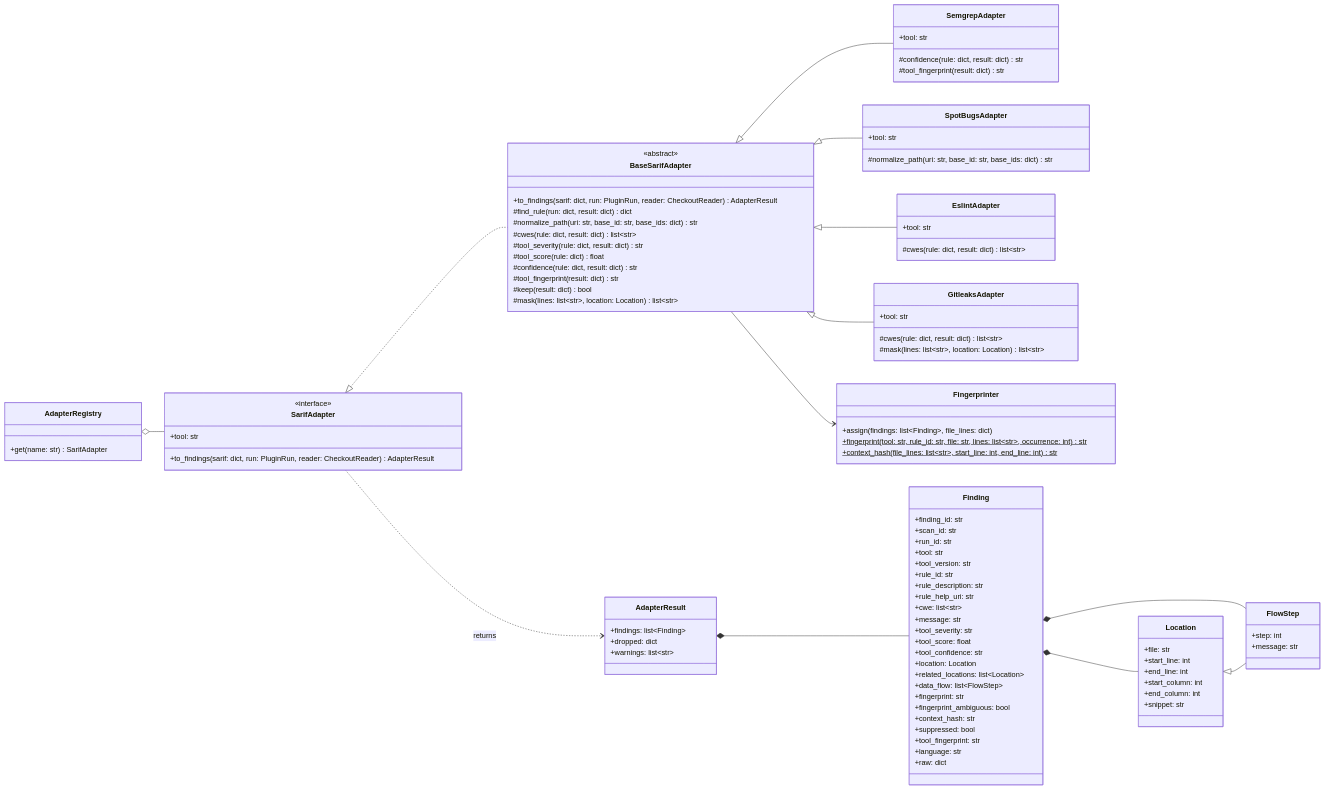
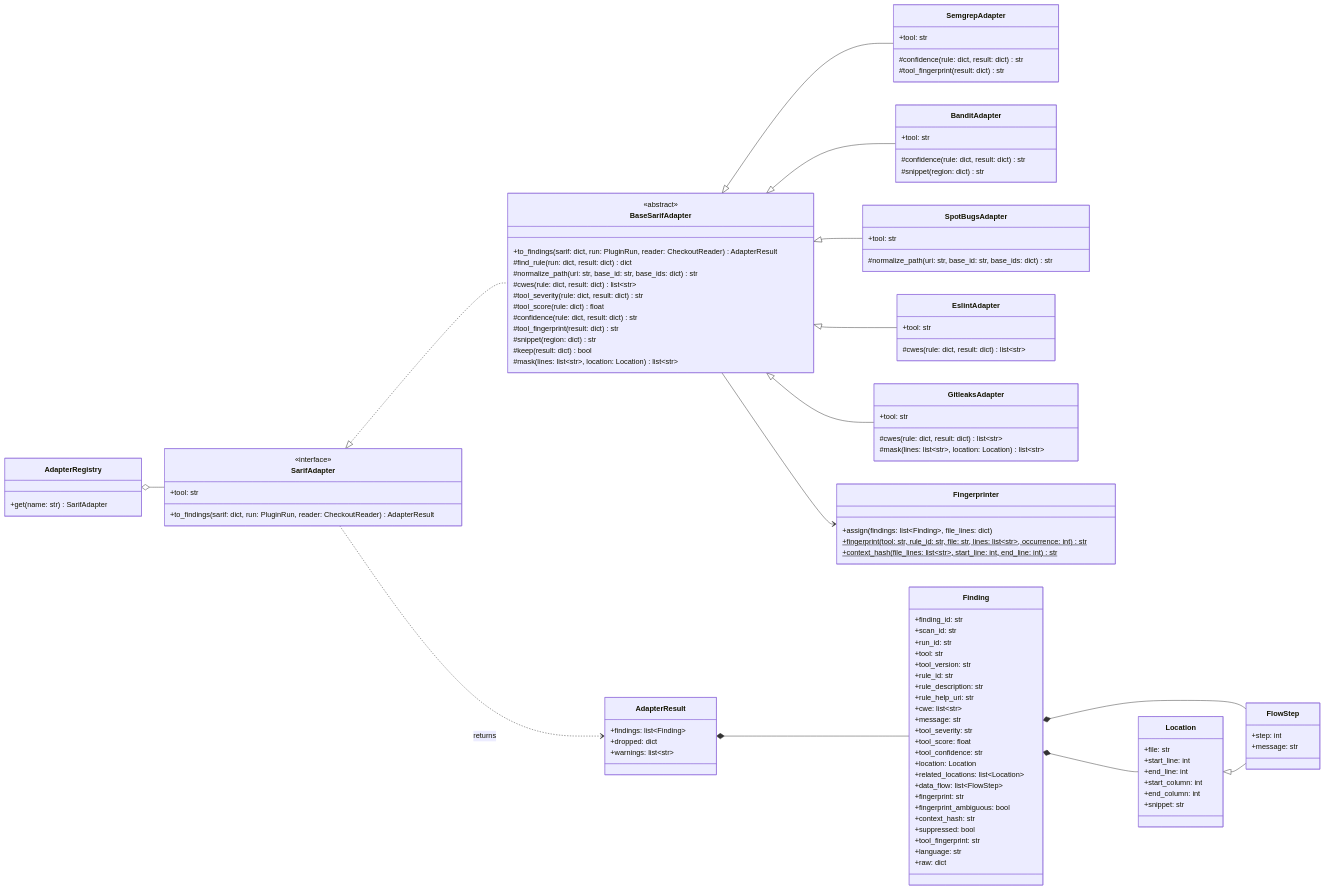
The second of 5 diagrams in docs/class-diagrams.md (sieve-ku-comp491/sieve), drawn with Mermaid before and after one commit. The commit also changed other lines of this file and 1 other file, not shown here.

Commit message:
docs: describe the bandit mapping and its sarif bugs
Refs #55

```diff
--- a/docs/class-diagrams.md
+++ b/docs/class-diagrams.md
@@ -191,6 +191,7 @@
     #tool_score(rule: dict) float
     #confidence(rule: dict, result: dict) str
     #tool_fingerprint(result: dict) str
+    #snippet(region: dict) str
     #keep(result: dict) bool
     #mask(lines: list~str~, location: Location) list~str~
   }
@@ -198,6 +199,11 @@
     +tool: str
     #confidence(rule: dict, result: dict) str
     #tool_fingerprint(result: dict) str
+  }
+  class BanditAdapter {
+    +tool: str
+    #confidence(rule: dict, result: dict) str
+    #snippet(region: dict) str
   }
   class SpotBugsAdapter {
     +tool: str
@@ -265,6 +271,7 @@
 
   SarifAdapter <|.. BaseSarifAdapter
   BaseSarifAdapter <|-- SemgrepAdapter
+  BaseSarifAdapter <|-- BanditAdapter
   BaseSarifAdapter <|-- SpotBugsAdapter
   BaseSarifAdapter <|-- EslintAdapter
   BaseSarifAdapter <|-- GitleaksAdapter
```
